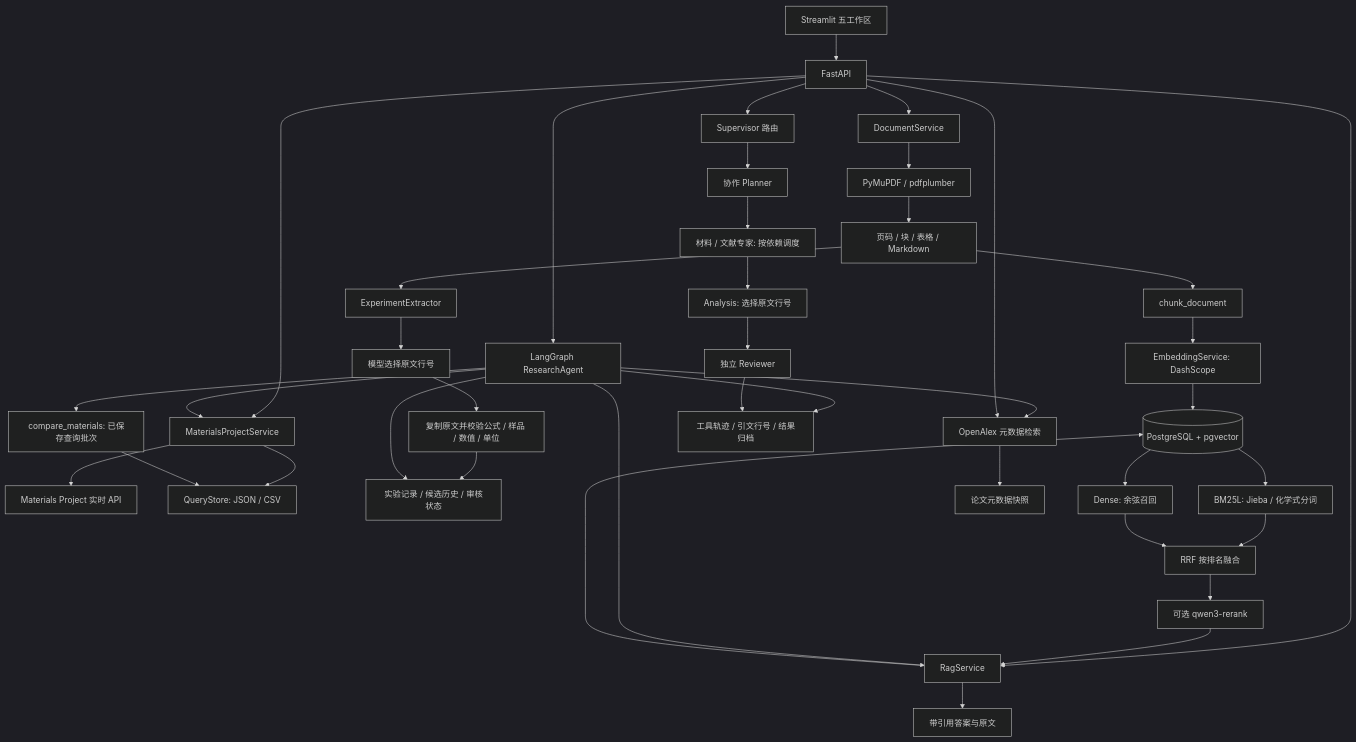
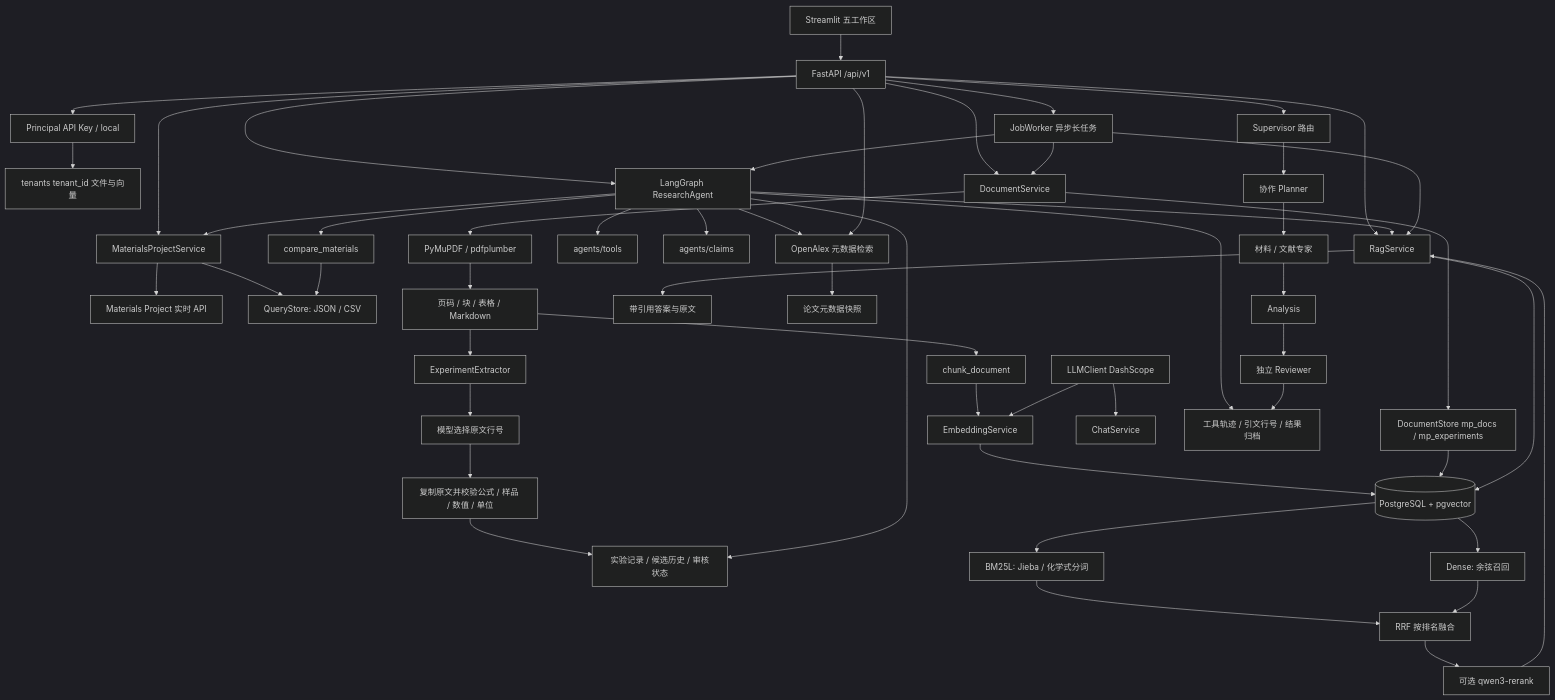
One commit to ivyfan-toowell/mat_pilot changed the diagram in docs/architecture.md. Above: the diagram before and after it, drawn with Mermaid (dark theme). The commit also changed other lines of this file and 88 other files, not shown here.

````diff
--- a/docs/architecture.md
+++ b/docs/architecture.md
@@ -3,42 +3,54 @@
 ```mermaid
 flowchart TD
-  UI[Streamlit 五工作区] --> API[FastAPI]
+  UI[Streamlit 五工作区] --> API[FastAPI /api/v1]
+  API --> AUTH[Principal API Key / local]
+  AUTH --> TENANT[tenants tenant_id 文件与向量]
+  API --> JOBS[JobWorker 异步长任务]
   API --> M[MaterialsProjectService]
   M --> MP[Materials Project 实时 API]
   M --> Q[QueryStore: JSON / CSV]
   API --> D[DocumentService]
+  D --> DS[DocumentStore mp_docs / mp_experiments]
   D --> P[PyMuPDF / pdfplumber]
   P --> E[页码 / 块 / 表格 / Markdown]
   E --> X[ExperimentExtractor]
   X --> S[模型选择原文行号]
   S --> V[复制原文并校验公式 / 样品 / 数值 / 单位]
   V --> F[实验记录 / 候选历史 / 审核状态]
   API --> R[RagService]
   E --> C[chunk_document]
-  C --> B[EmbeddingService: DashScope]
+  C --> B[EmbeddingService]
+  LLM[LLMClient DashScope] --> B
+  LLM --> CHAT[ChatService]
   B --> PG[(PostgreSQL + pgvector)]
+  DS --> PG
   R --> PG
   PG --> BM[BM25L: Jieba / 化学式分词]
-  PG --> DS[Dense: 余弦召回]
+  PG --> DENSE[Dense: 余弦召回]
   BM --> RF[RRF 按排名融合]
-  DS --> RF
+  DENSE --> RF
   RF --> RR[可选 qwen3-rerank]
   RR --> R
   R --> A[带引用答案与原文]
   API --> G[LangGraph ResearchAgent]
+  G --> TOOLS[agents/tools]
+  G --> CLAIMS[agents/claims]
   G --> M
   G --> R
   G --> OA[OpenAlex 元数据检索]
   API --> OA
   OA --> LS[论文元数据快照]
   G --> F
-  G --> CMP[compare_materials: 已保存查询批次]
+  G --> CMP[compare_materials]
   CMP --> Q
   G --> T[工具轨迹 / 引文行号 / 结果归档]
   API --> RT[Supervisor 路由]
   RT --> CP[协作 Planner]
-  CP --> EX[材料 / 文献专家: 按依赖调度]
-  EX --> AN[Analysis: 选择原文行号]
+  CP --> EX[材料 / 文献专家]
+  EX --> AN[Analysis]
   AN --> RV[独立 Reviewer]
   RV --> T
+  JOBS --> G
+  JOBS --> D
+  JOBS --> R
 ```
````
